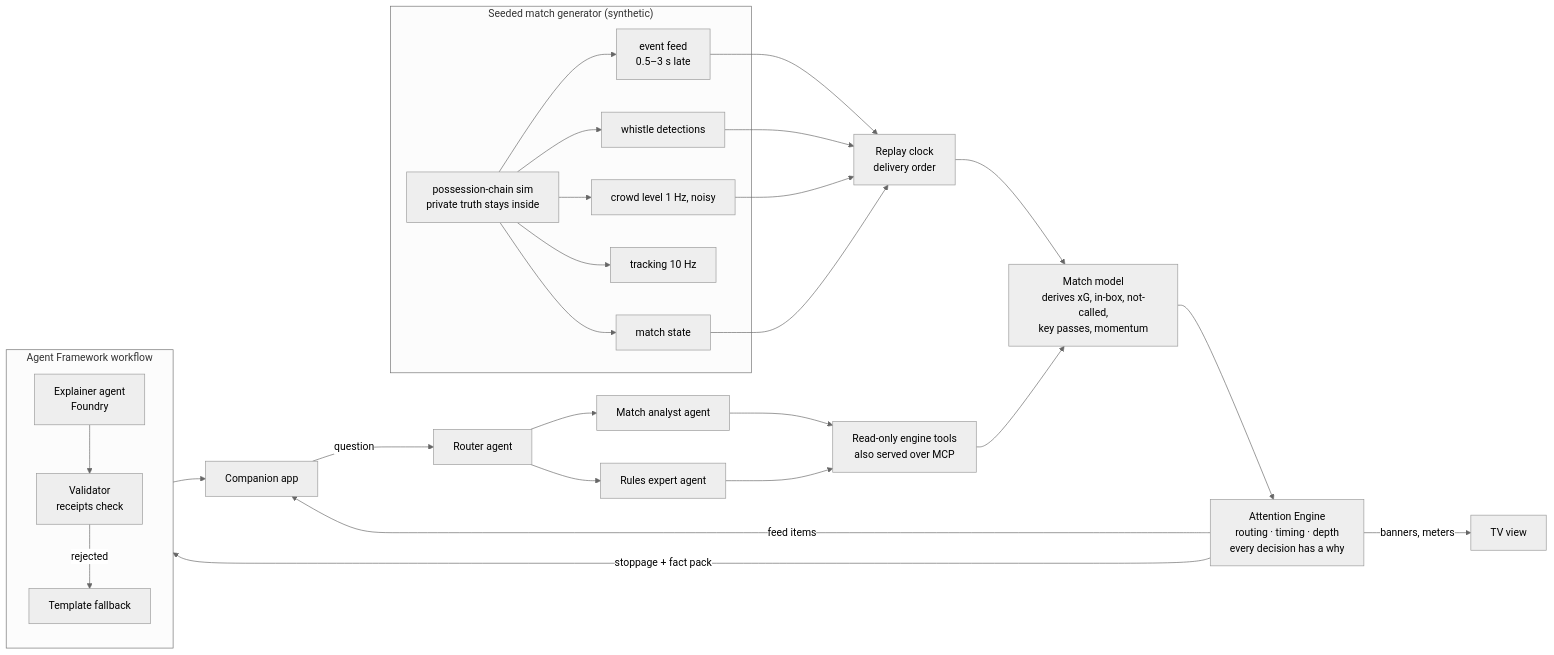
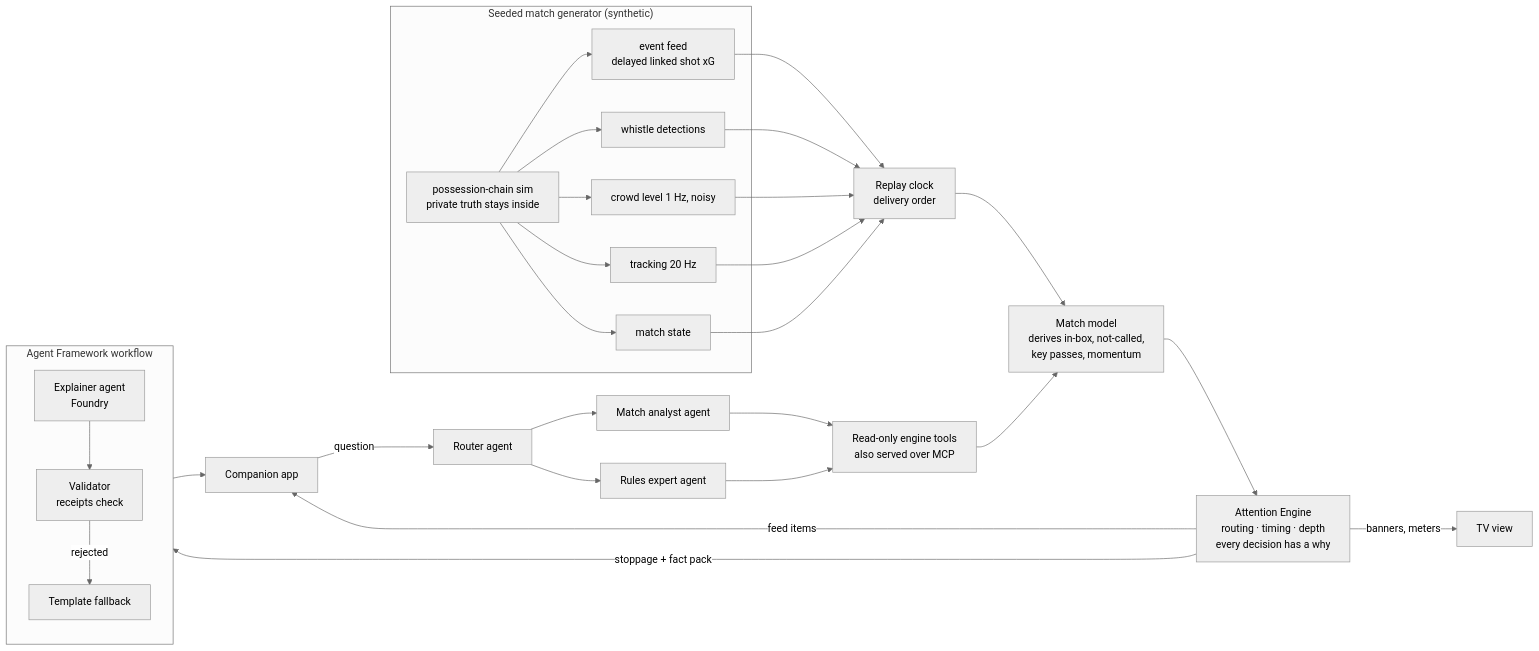
Before and after one commit to Nadavgo8/Visual-Match-Intelligence: the diagram in README.md, drawn with Mermaid (neutral theme). The commit also changed other lines of this file and 12 other files, not shown here.

First line of the commit message:
fix(d1): synchronize replay meters and expose event build-up

````diff
--- a/README.md
+++ b/README.md
@@ -24,24 +24,24 @@
 ```mermaid
 flowchart LR
   subgraph Generator["Seeded match generator (synthetic)"]
-    G[possession-chain sim<br/>private truth stays inside] --> F[event feed<br/>0.5–3 s late]
+    G[possession-chain sim<br/>private truth stays inside] --> F[event feed<br/>delayed linked shot xG]
     G --> W[whistle detections]
     G --> C[crowd level 1 Hz, noisy]
-    G --> T[tracking 10 Hz]
+    G --> T[tracking 20 Hz]
     G --> S[match state]
   end
-  F & W & C & S --> R[Replay clock<br/>delivery order]
-  R --> M[Match model<br/>derives xG, in-box, not-called,<br/>key passes, momentum]
+  F & W & C & T & S --> R[Replay clock<br/>delivery order]
+  R --> M[Match model<br/>derives in-box, not-called,<br/>key passes, momentum]
   M --> A[Attention Engine<br/>routing · timing · depth<br/>every decision has a why]
   A -->|banners, meters| TV[TV view]
   A -->|feed items| APP[Companion app]
   A -->|stoppage + fact pack| WF
   subgraph WF["Agent Framework workflow"]
     X[Explainer agent<br/>Foundry] --> V[Validator<br/>receipts check] -->|rejected| FB[Template fallback]
   end
   WF --> APP
   APP -->|question| RT[Router agent]
   RT --> MA[Match analyst agent] & RE[Rules expert agent]
   MA & RE --> TOOLS[Read-only engine tools<br/>also served over MCP]
   TOOLS --> M
 ```
````
